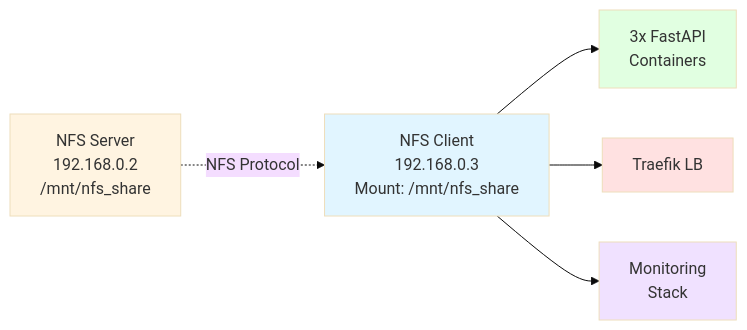
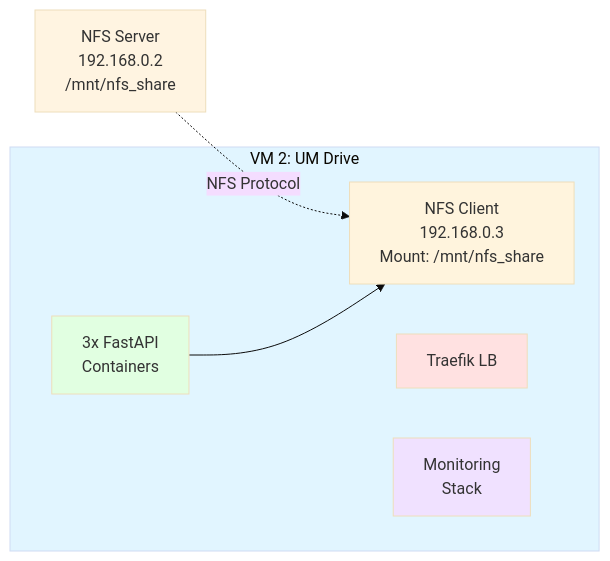
One commit to Eduardomfdias/um-drive changed the second of 2 diagrams in docs/1_Introducao.md. Above: the diagram before and after it, drawn with Mermaid (base theme). The commit also changed other lines of this file and 3 other files, not shown here.

````diff
--- a/docs/1_Introducao.md
+++ b/docs/1_Introducao.md
@@ -81,14 +82,19 @@
 ```mermaid
 graph LR
     NFS["NFS Server<br/>192.168.0.2<br/>/mnt/nfs_share"] -.->|NFS Protocol| Client["NFS Client<br/>192.168.0.3<br/>Mount: /mnt/nfs_share"]
     
-    Client --> API["3x FastAPI<br/>Containers"]
-    Client --> LB["Traefik LB"]
-    Client --> MON["Monitoring<br/>Stack"]
+    subgraph VM2[VM 2: UM Drive]
+        Client
+        API["3x FastAPI<br/>Containers"]
+        LB["Traefik LB"]
+        MON["Monitoring<br/>Stack"]
+    end
+    
+    API --> Client
     
     style NFS fill:#fff4e1
-    style Client fill:#e1f5ff
+    style VM2 fill:#e1f5ff
     style API fill:#e1ffe1
     style LB fill:#ffe1e1
     style MON fill:#f0e1ff
 ```
````
